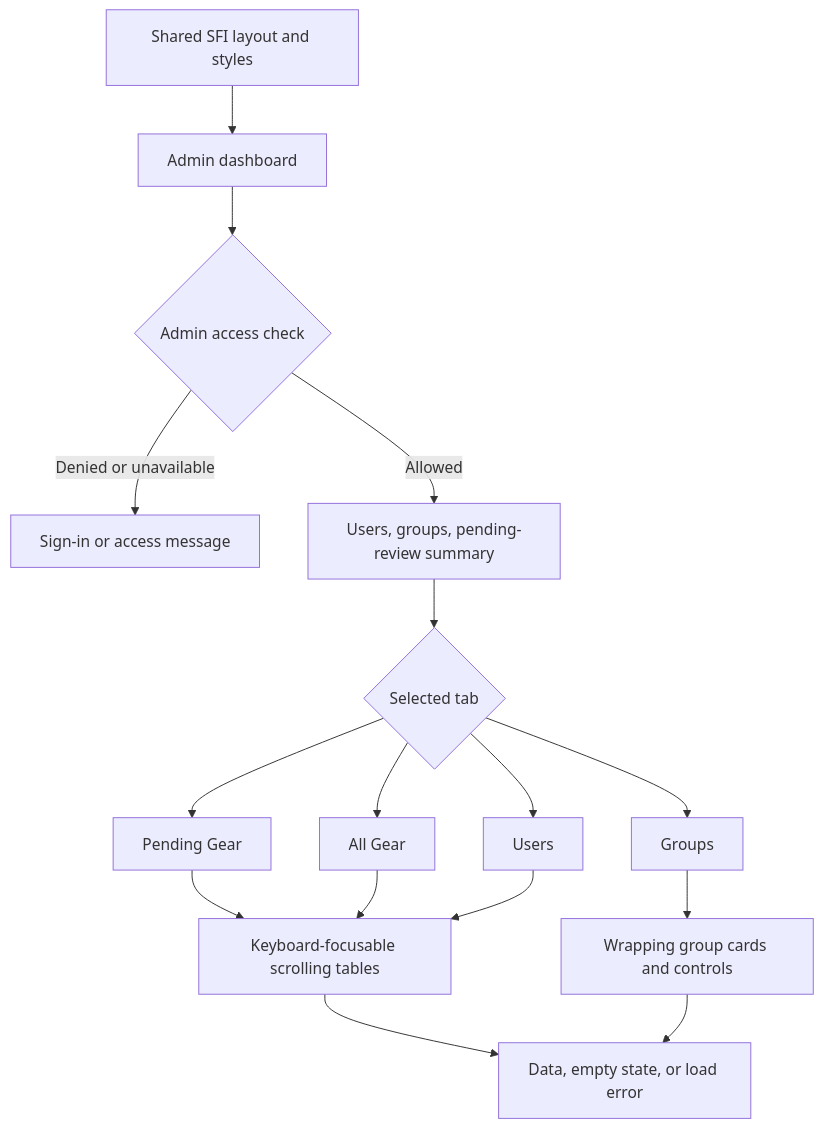
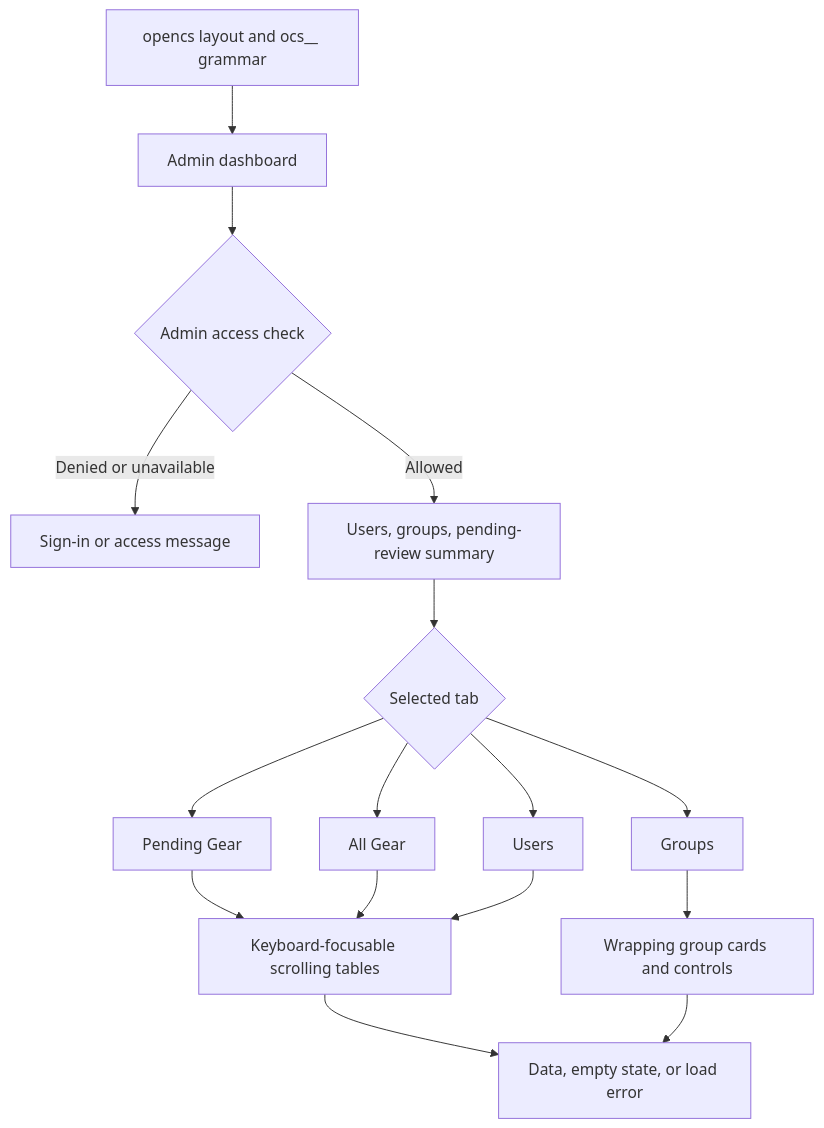
Before and after one commit to SFI-Foundation/Frontend: the diagram in docs/admin-dashboard.md, drawn with Mermaid. The commit also changed other lines of this file and 12 other files, not shown here.

````diff
--- a/docs/admin-dashboard.md
+++ b/docs/admin-dashboard.md
@@ -7,15 +7,15 @@
 ```mermaid
 flowchart TD
-    L["Shared SFI layout and styles"] --> D["Admin dashboard"]
+    L["opencs layout and ocs__ grammar"] --> D["Admin dashboard"]
     D --> A{"Admin access check"}
     A -->|Denied or unavailable| G["Sign-in or access message"]
     A -->|Allowed| S["Users, groups, pending-review summary"]
     S --> T{"Selected tab"}
     T --> P["Pending Gear"]
     T --> R["All Gear"]
     T --> U["Users"]
     T --> C["Groups"]
     P & R & U --> W["Keyboard-focusable scrolling tables"]
     C --> F["Wrapping group cards and controls"]
     W & F --> E["Data, empty state, or load error"]
 ```
````
